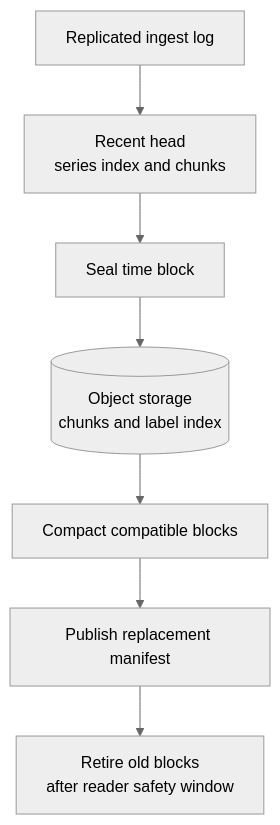
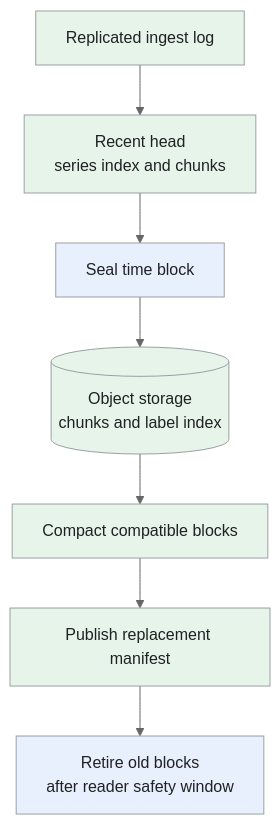
Before and after one commit to iliazlobin/iliazlobin.github.io: the third of 4 diagrams in _designs/system-design-metrics-monitoring.md, drawn with Mermaid (neutral theme). The commit also changed other lines of this file and 20 other files, not shown here.

Commit message:
Improve design flows, tradeoffs, and technology references

````diff
--- a/_designs/system-design-metrics-monitoring.md
+++ b/_designs/system-design-metrics-monitoring.md
@@ -194,9 +236,14 @@
 ```mermaid
 flowchart TB
     L["Replicated ingest log"] --> H["Recent head<br>series index and chunks"]
     H --> S["Seal time block"]
     S --> O[("Object storage<br>chunks and label index")]
     O --> C["Compact compatible blocks"]
     C --> M["Publish replacement manifest"]
     M --> G["Retire old blocks<br>after reader safety window"]
+  classDef request fill:#e8f0fe,stroke:#9aa0a6,color:#202124,stroke-width:1px
+  classDef background fill:#e6f4ea,stroke:#9aa0a6,color:#202124,stroke-width:1px
+  classDef control fill:#fef7e0,stroke:#9aa0a6,color:#202124,stroke-width:1px
+  class S,G request
+  class L,H,O,C,M background
 ```
````
